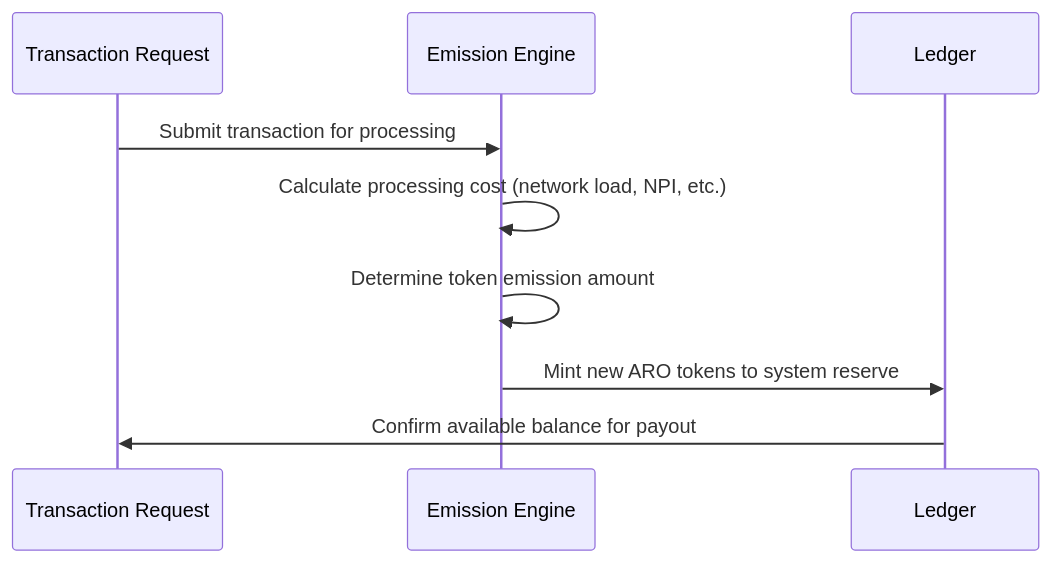
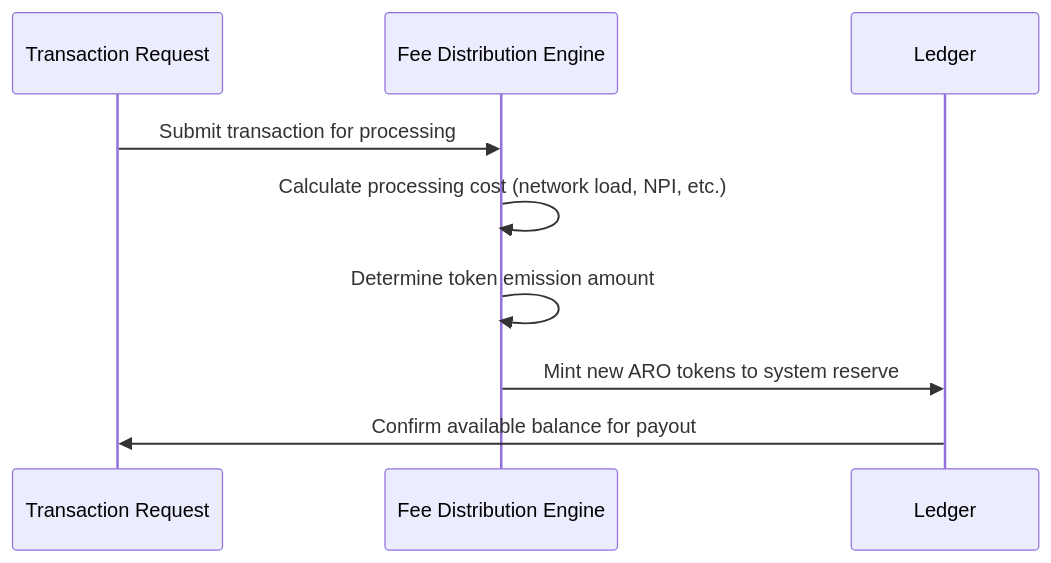
Before and after one commit to Aros-Technology-Studio/AST-Aros-Financial-Paradigm: the diagram in 01_coin_engine/aro_emission_protocol.md, drawn with Mermaid. The commit also changed other lines of this file and 69 other files, not shown here.

````diff
--- a/01_coin_engine/aro_emission_protocol.md
+++ b/01_coin_engine/aro_emission_protocol.md
@@ -25,11 +25,11 @@
 ```mermaid
 sequenceDiagram
     participant T as Transaction Request
-    participant E as Emission Engine
+    participant E as Fee Distribution Engine
     participant L as Ledger
     T->>E: Submit transaction for processing
     E->>E: Calculate processing cost (network load, NPI, etc.)
     E->>E: Determine token emission amount
     E->>L: Mint new ARO tokens to system reserve
     L->>T: Confirm available balance for payout
 ```
````
